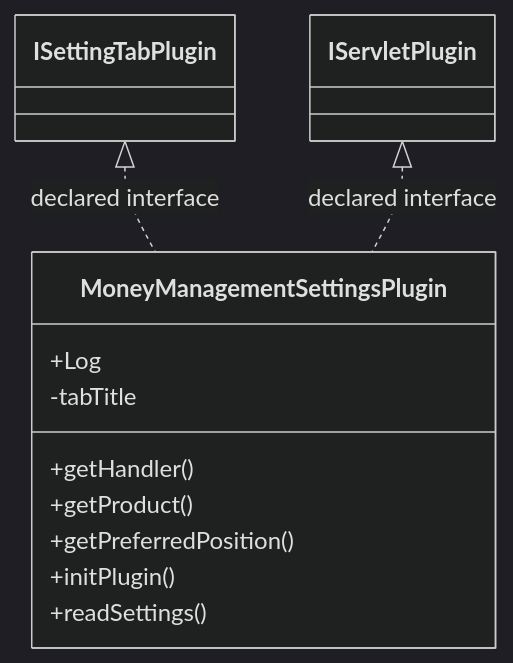
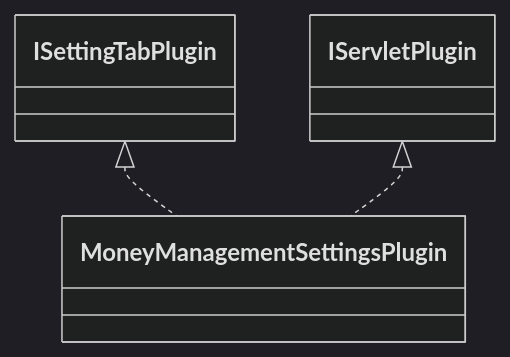
The diagram in docs/sqx/Shared/SettingsMoneyManagement.md (haruperi/HaruQuantAI), drawn with Mermaid (dark theme) before and after one commit. The commit also changed other lines of this file and 1688 other files, not shown here.

````diff
--- a/docs/sqx/Shared/SettingsMoneyManagement.md
+++ b/docs/sqx/Shared/SettingsMoneyManagement.md
@@ -30,16 +26,8 @@
 ```mermaid
 classDiagram
-    class C8dcf35d2b2e6["MoneyManagementSettingsPlugin"] {
-        +Log
-        -tabTitle
-        +getHandler()
-        +getProduct()
-        +getPreferredPosition()
-        +initPlugin()
-        +readSettings()
-    }
-    class C249b5c671b1a["IServletPlugin"]
-    class C27734eb41505["ISettingTabPlugin"]
-    C27734eb41505 <|.. C8dcf35d2b2e6 : declared interface
-    C249b5c671b1a <|.. C8dcf35d2b2e6 : declared interface
+    class C0["MoneyManagementSettingsPlugin"]
+    class E0["ISettingTabPlugin"]
+    E0 <|.. C0
+    class E1["IServletPlugin"]
+    E1 <|.. C0
 ```
````
